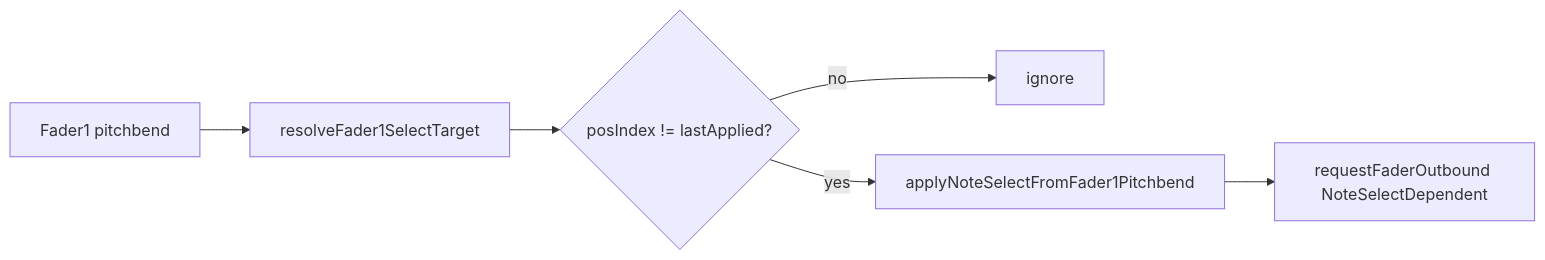
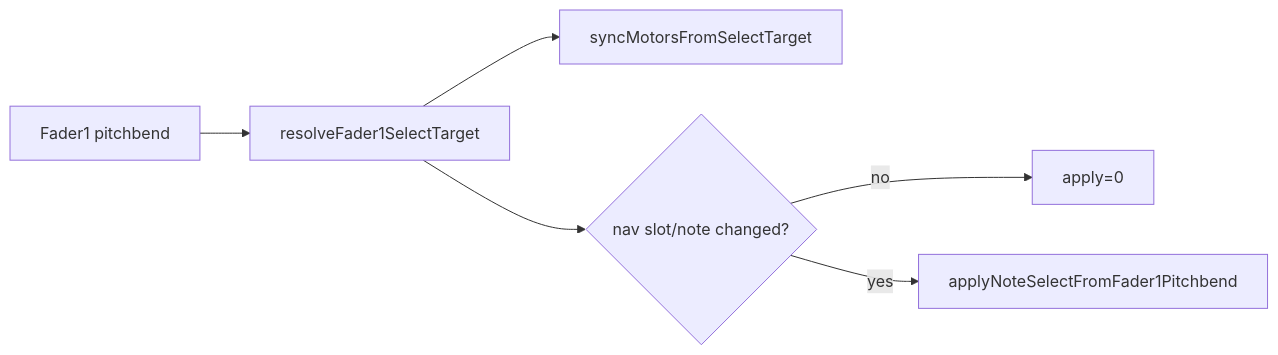
One commit to Lytrix/MidiLooper changed the diagram in docs/plans/note_edit_fader_feedback_selection_driven_refactor.md. Above: the diagram before and after it, drawn with Mermaid. The commit also changed other lines of this file and 8 other files, not shown here.

First line of the commit message:
Fix slow F1 dwell gap with inline motor sync and echo-only ignore.

````diff
--- a/docs/plans/note_edit_fader_feedback_selection_driven_refactor.md
+++ b/docs/plans/note_edit_fader_feedback_selection_driven_refactor.md
@@ -49,8 +48,8 @@
 ```mermaid
 flowchart LR
     pb[Fader1 pitchbend] --> resolve[resolveFader1SelectTarget]
-    resolve --> gate{"posIndex != lastApplied?"}
-    gate -->|no| stop[ignore]
+    resolve --> sync[syncMotorsFromSelectTarget]
+    resolve --> gate{"nav slot/note changed?"}
+    gate -->|no| stop[apply=0]
     gate -->|yes| apply[applyNoteSelectFromFader1Pitchbend]
-    apply --> send[requestFaderOutbound NoteSelectDependent]
 ```
````
